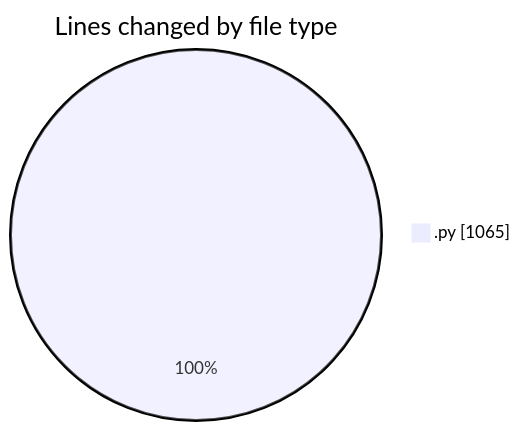
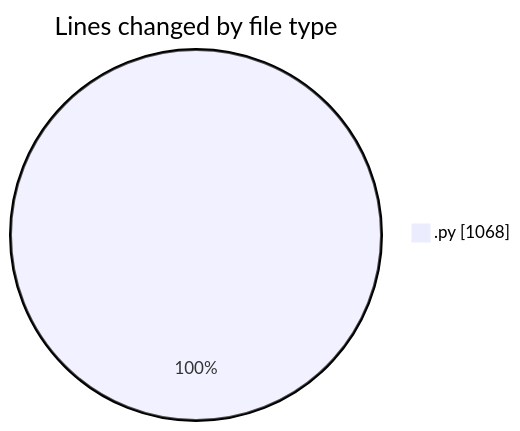
One commit to julien-gomy/code-tracking changed the first of 2 diagrams in 2025-10-29/eventscop-api-guide__workspace_/README.md. Above: the diagram before and after it, drawn with Mermaid. The commit also changed other lines of this file and 1 other file, not shown here.

````diff
--- a/2025-10-29/eventscop-api-guide__workspace_/README.md
+++ b/2025-10-29/eventscop-api-guide__workspace_/README.md
@@ -20,5 +20,5 @@
 ```mermaid
 pie showData
 title Lines changed by file type
-".py" : 1065
+".py" : 1068
 ```
````
